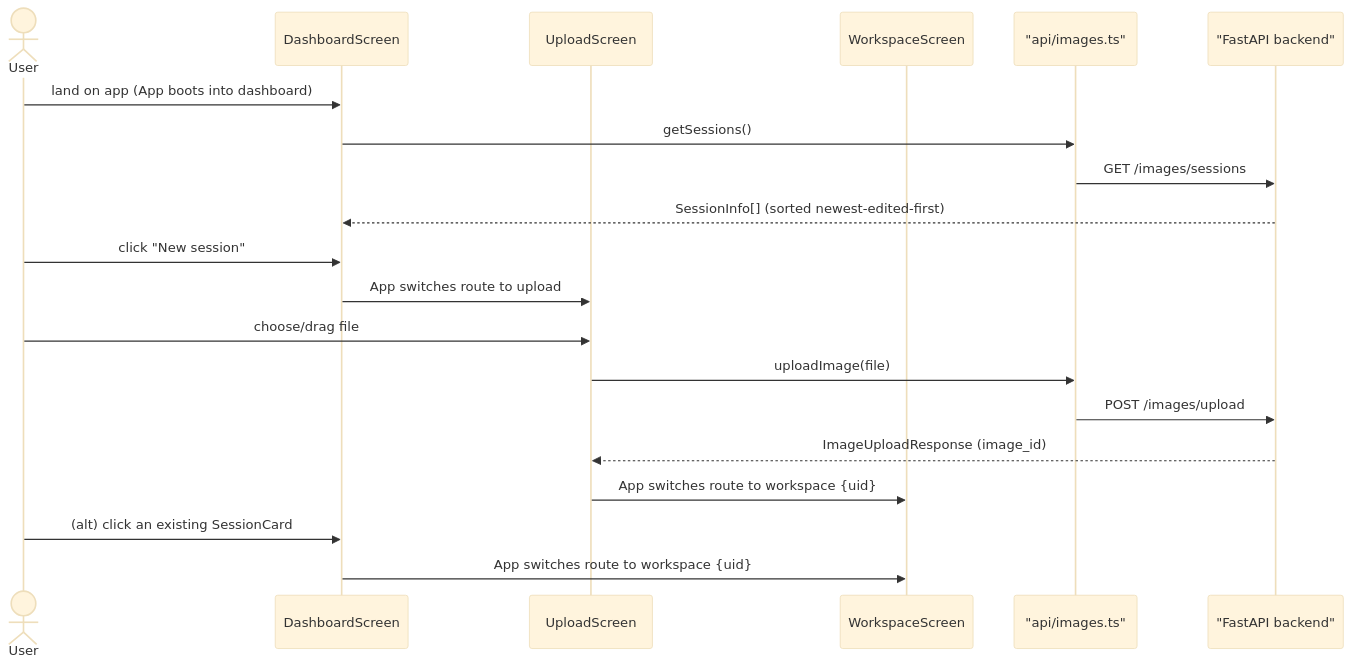
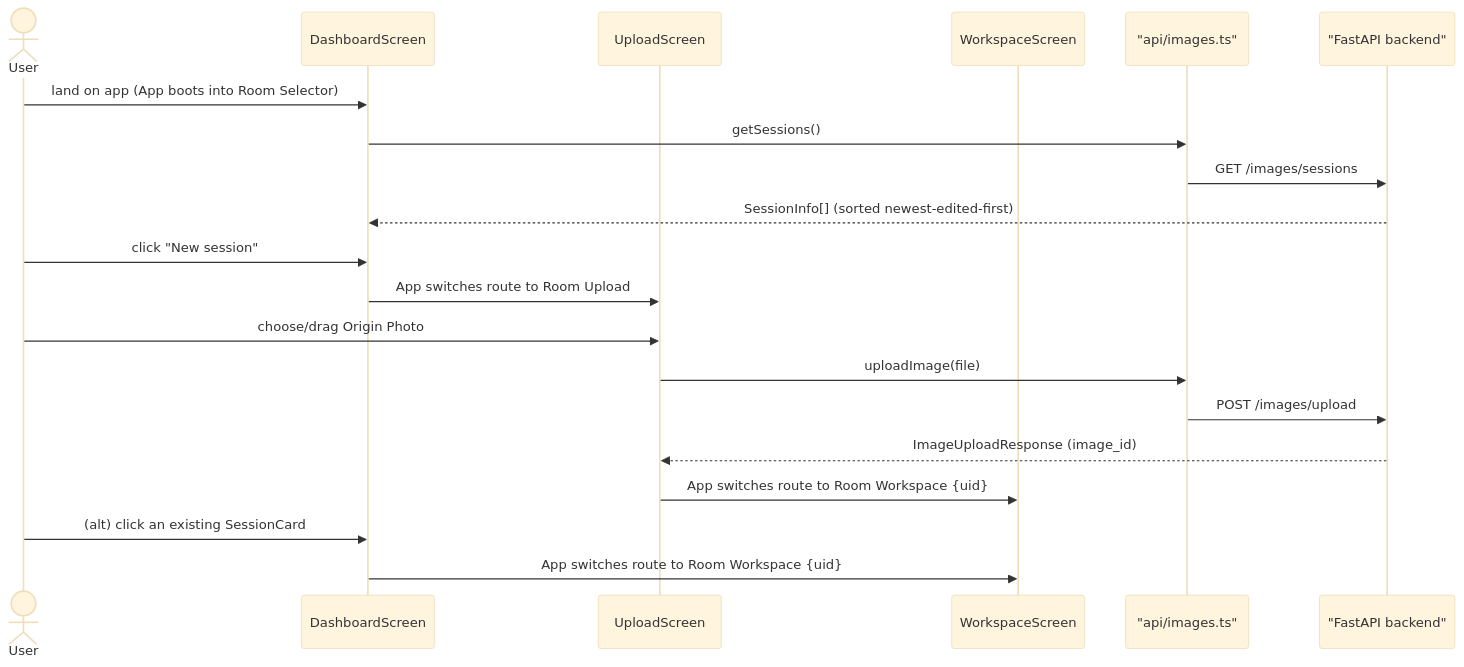
The first of 3 diagrams in docs/frontend/user-flow.md (1mache/avroom), drawn with Mermaid (base theme) before and after one commit. The commit also changed other lines of this file and 10 other files, not shown here.

````diff
--- a/docs/frontend/user-flow.md
+++ b/docs/frontend/user-flow.md
@@ -5,25 +5,25 @@
 ```mermaid
 sequenceDiagram
     actor User
     participant Dash as DashboardScreen
     participant Up as UploadScreen
     participant WS as WorkspaceScreen
     participant API as "api/images.ts"
     participant Backend as "FastAPI backend"
 
-    User->>Dash: land on app (App boots into dashboard)
+    User->>Dash: land on app (App boots into Room Selector)
     Dash->>API: getSessions()
     API->>Backend: GET /images/sessions
     Backend-->>Dash: SessionInfo[] (sorted newest-edited-first)
 
     User->>Dash: click "New session"
-    Dash->>Up: App switches route to upload
-    User->>Up: choose/drag file
+    Dash->>Up: App switches route to Room Upload
+    User->>Up: choose/drag Origin Photo
     Up->>API: uploadImage(file)
     API->>Backend: POST /images/upload
     Backend-->>Up: ImageUploadResponse (image_id)
-    Up->>WS: App switches route to workspace {uid}
+    Up->>WS: App switches route to Room Workspace {uid}
 
     User->>Dash: (alt) click an existing SessionCard
-    Dash->>WS: App switches route to workspace {uid}
+    Dash->>WS: App switches route to Room Workspace {uid}
 ```
````
